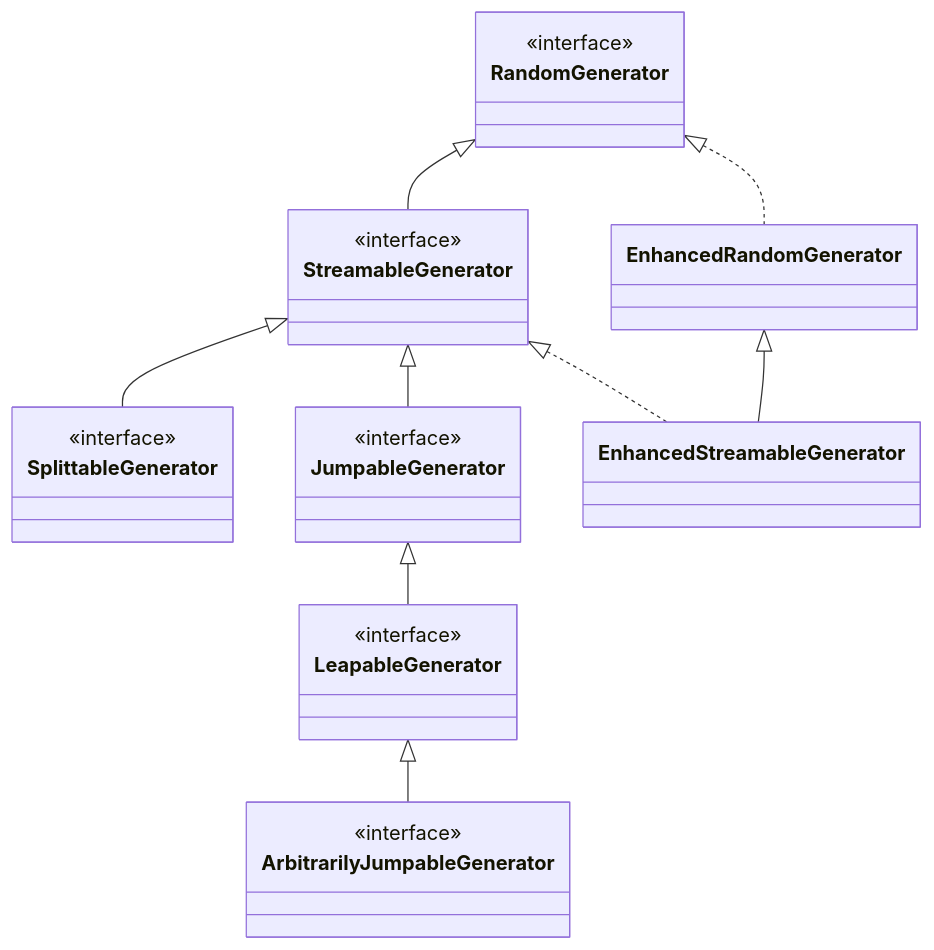
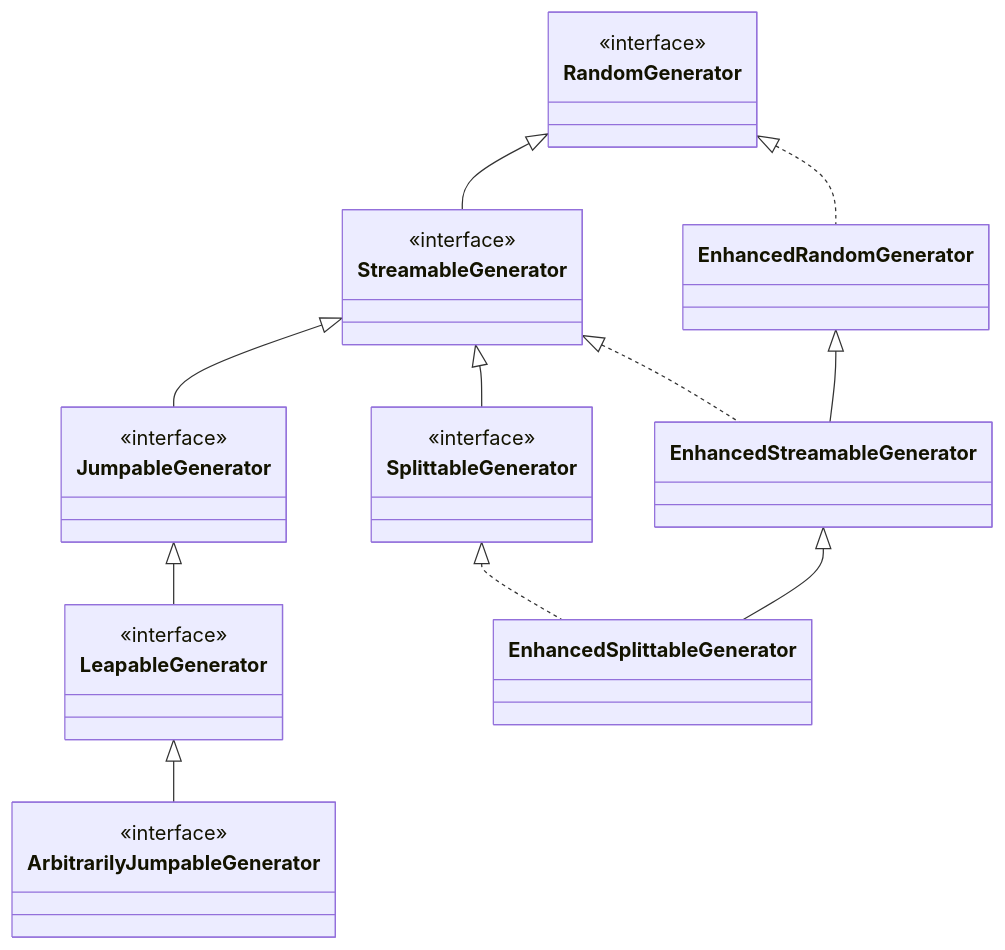
The diagram in README.md (cicirello/rho-mu), drawn with Mermaid before and after one commit.

````diff
--- a/README.md
+++ b/README.md
@@ -42,25 +42,28 @@
 ```mermaid
 classDiagram
   class RandomGenerator
   <<interface>> RandomGenerator
   class StreamableGenerator
   <<interface>> StreamableGenerator
   RandomGenerator <|-- StreamableGenerator
   class SplittableGenerator
   <<interface>> SplittableGenerator
   StreamableGenerator <|-- SplittableGenerator
   class JumpableGenerator
   <<interface>> JumpableGenerator
   StreamableGenerator <|-- JumpableGenerator
   class LeapableGenerator
   <<interface>> LeapableGenerator
   JumpableGenerator <|-- LeapableGenerator
   class ArbitrarilyJumpableGenerator
   <<interface>> ArbitrarilyJumpableGenerator
   LeapableGenerator <|-- ArbitrarilyJumpableGenerator
   class EnhancedRandomGenerator
   RandomGenerator <|.. EnhancedRandomGenerator
   class EnhancedStreamableGenerator
   EnhancedRandomGenerator <|-- EnhancedStreamableGenerator
   StreamableGenerator <|.. EnhancedStreamableGenerator
+  class EnhancedSplittableGenerator
+  EnhancedStreamableGenerator <|-- EnhancedSplittableGenerator
+  SplittableGenerator <|.. EnhancedSplittableGenerator
 ```
````
